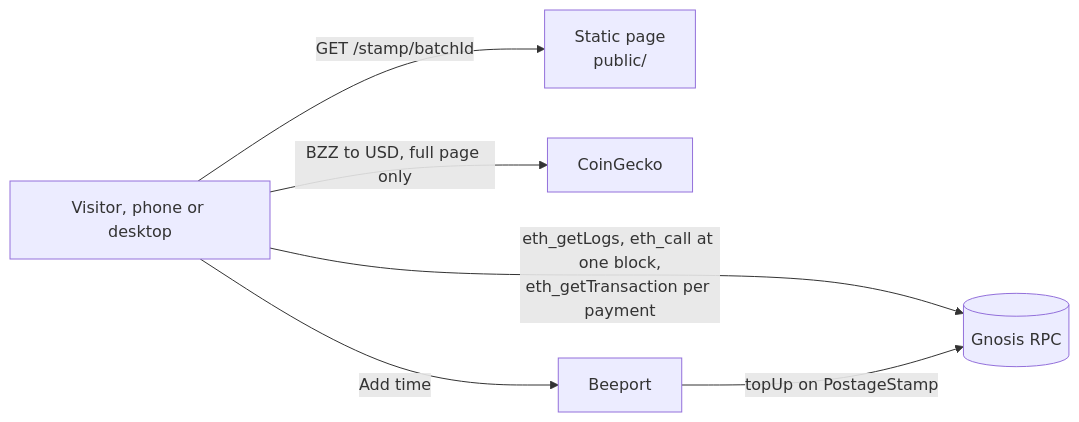
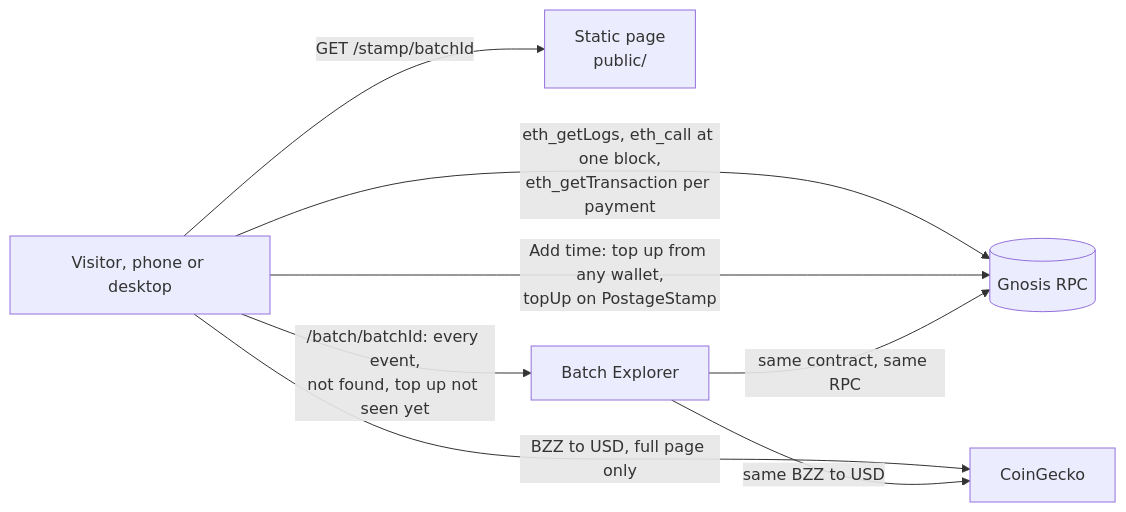
The second of 2 diagrams in README.md (tonytony32/stamptime), drawn with Mermaid before and after one commit. The commit also changed other lines of this file, not shown here.

First line of the commit message:
Draw Batch Explorer in the README's two pictures

````diff
--- a/README.md
+++ b/README.md
@@ -111,8 +112,10 @@
 ```mermaid
 flowchart LR
   V[Visitor, phone or desktop] -->|GET /stamp/batchId| S[Static page<br/>public/]
   V -->|eth_getLogs, eth_call at one block,<br/>eth_getTransaction per payment| G[(Gnosis RPC)]
   V -->|BZZ to USD, full page only| P[CoinGecko]
-  V -->|Add time| B[Beeport]
-  B -->|topUp on PostageStamp| G
+  V -->|Add time: top up from any wallet,<br/>topUp on PostageStamp| G
+  V -->|/batch/batchId: every event,<br/>not found, top up not seen yet| E[Batch Explorer]
+  E -->|same contract, same RPC| G
+  E -->|same BZZ to USD| P
 ```
````
